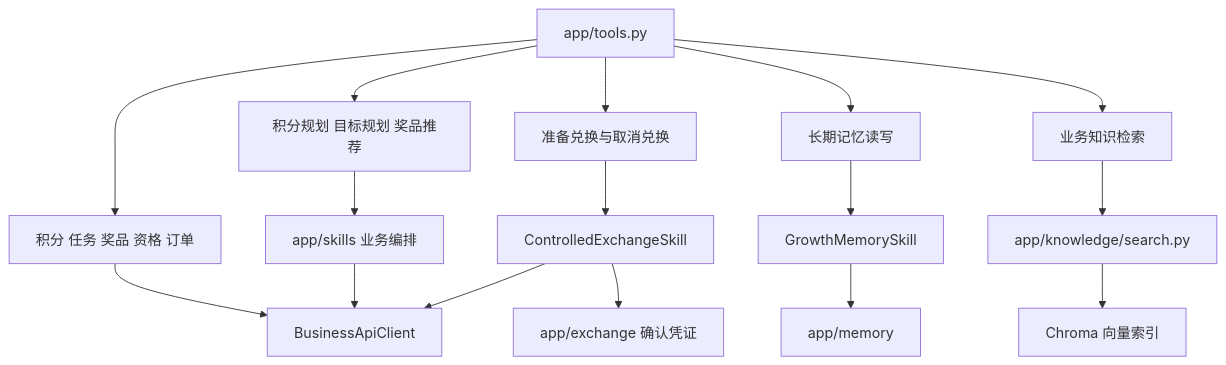
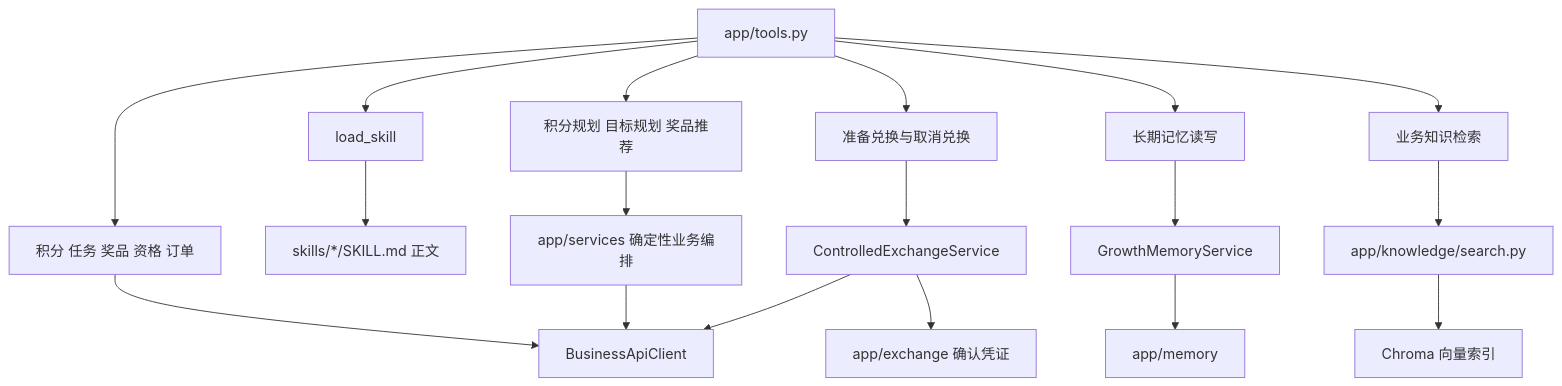
One commit to 2549704486a/java changed the third of 6 diagrams in docs/agent-design/50_Agent核心代码调用全景.md. Above: the diagram before and after it, drawn with Mermaid. The commit also changed other lines of this file and 27 other files, not shown here.

````diff
--- a/docs/agent-design/50_Agent核心代码调用全景.md
+++ b/docs/agent-design/50_Agent核心代码调用全景.md
@@ -50,22 +51,25 @@
 ```mermaid
 flowchart TB
     TOOLS["app/tools.py"] --> QUERY["积分 任务 奖品 资格 订单"]
+    TOOLS --> LOAD["load_skill"]
     TOOLS --> PLAN["积分规划 目标规划 奖品推荐"]
     TOOLS --> EXCHANGE["准备兑换与取消兑换"]
     TOOLS --> MEMORY["长期记忆读写"]
     TOOLS --> RAG["业务知识检索"]
 
+    LOAD --> SKILLDOCS["skills/*/SKILL.md 正文"]
+
     QUERY --> CLIENT["BusinessApiClient"]
-    PLAN --> SKILLS["app/skills 业务编排"]
-    SKILLS --> CLIENT
+    PLAN --> SERVICES["app/services 确定性业务编排"]
+    SERVICES --> CLIENT
 
-    EXCHANGE --> CONTROLLED["ControlledExchangeSkill"]
+    EXCHANGE --> CONTROLLED["ControlledExchangeService"]
     CONTROLLED --> CONFIRM["app/exchange 确认凭证"]
     CONTROLLED --> CLIENT
 
-    MEMORY --> MEMORYSKILL["GrowthMemorySkill"]
-    MEMORYSKILL --> STORE["app/memory"]
+    MEMORY --> MEMORYSERVICE["GrowthMemoryService"]
+    MEMORYSERVICE --> STORE["app/memory"]
 
     RAG --> SEARCH["app/knowledge/search.py"]
     SEARCH --> VECTOR["Chroma 向量索引"]
 ```
````
